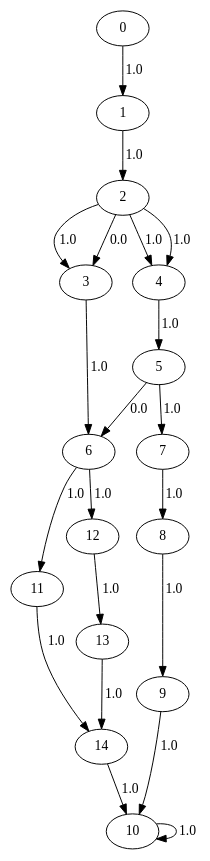
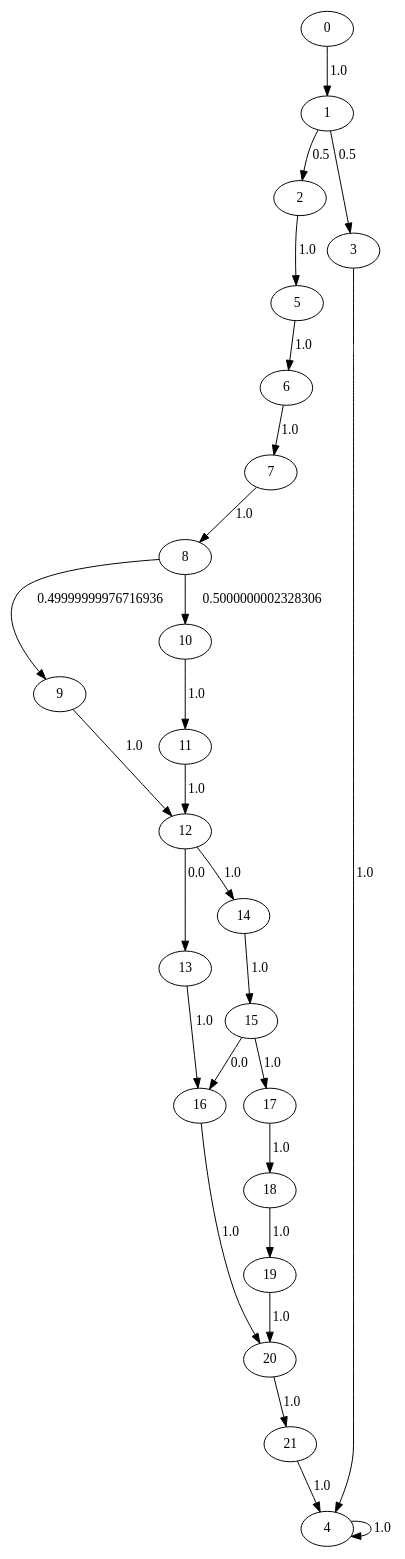
The diagram in LMain_test.dot (seemantasaha/DependencyAnalysis), drawn with Graphviz before and after one commit. The commit also changed 11 other files, not shown here.

```diff
--- a/LMain_test.dot
+++ b/LMain_test.dot
@@ -1,22 +1,28 @@
 digraph {
-	11 -> 14[label= "1.0"];
-	12 -> 13[label= "1.0"];
-	13 -> 14[label= "1.0"];
-	14 -> 10[label= "1.0"];
+	11 -> 12[label= "1.0"];
+	12 -> 13[label= "0.0"];
+	12 -> 14[label= "1.0"];
+	13 -> 16[label= "1.0"];
+	14 -> 15[label= "1.0"];
+	15 -> 16[label= "0.0"];
+	15 -> 17[label= "1.0"];
+	16 -> 20[label= "1.0"];
+	17 -> 18[label= "1.0"];
+	18 -> 19[label= "1.0"];
+	19 -> 20[label= "1.0"];
 	0 -> 1[label= "1.0"];
-	1 -> 2[label= "1.0"];
-	2 -> 3[label= "1.0"];
-	2 -> 4[label= "1.0"];
-	2 -> 3[label= "0.0"];
-	2 -> 4[label= "1.0"];
-	3 -> 6[label= "1.0"];
-	4 -> 5[label= "1.0"];
-	5 -> 6[label= "0.0"];
-	5 -> 7[label= "1.0"];
-	6 -> 11[label= "1.0"];
-	6 -> 12[label= "1.0"];
+	1 -> 2[label= "0.5"];
+	1 -> 3[label= "0.5"];
+	2 -> 5[label= "1.0"];
+	3 -> 4[label= "1.0"];
+	4 -> 4[label= "1.0"];
+	5 -> 6[label= "1.0"];
+	6 -> 7[label= "1.0"];
 	7 -> 8[label= "1.0"];
-	8 -> 9[label= "1.0"];
-	9 -> 10[label= "1.0"];
-	10 -> 10[label= "1.0"];
+	8 -> 9[label= "0.49999999976716936"];
+	8 -> 10[label= "0.5000000002328306"];
+	9 -> 12[label= "1.0"];
+	20 -> 21[label= "1.0"];
+	10 -> 11[label= "1.0"];
+	21 -> 4[label= "1.0"];
 }
```
